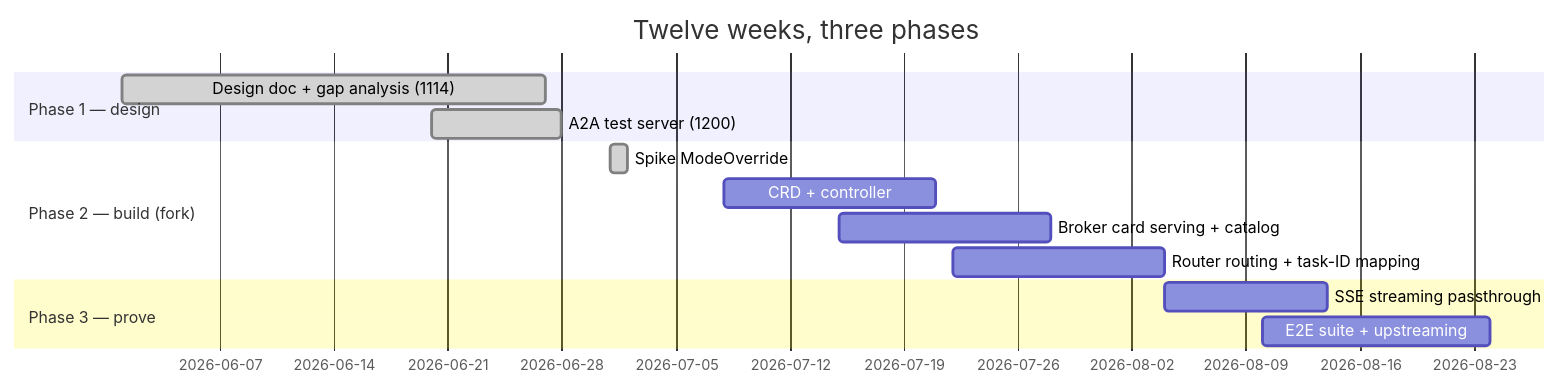
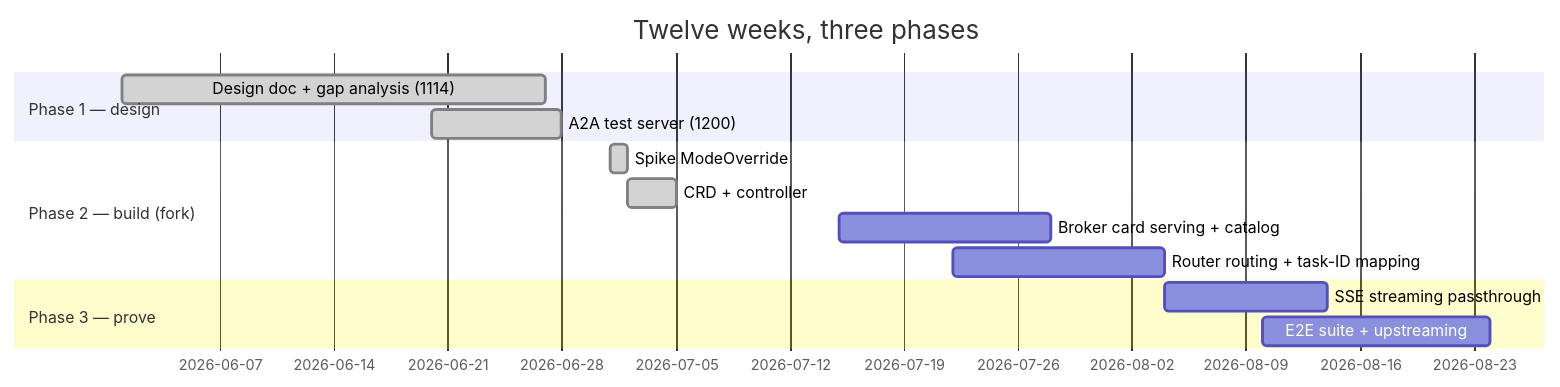
The fifth of 5 diagrams in README.md (Aman-Cool/mcp-gateway), drawn with Mermaid before and after one commit. The commit also changed other lines of this file, not shown here.

Commit message:
docs: update readme with merged crd controller milestone and backlog

````diff
--- a/README.md
+++ b/README.md
@@ -145,16 +148,16 @@
 ```mermaid
 gantt
     title Twelve weeks, three phases
     dateFormat YYYY-MM-DD
     section Phase 1 — design
     Design doc + gap analysis (1114)      :done,   p1a, 2026-06-01, 2026-06-27
     A2A test server (1200)                :done,   p1b, 2026-06-20, 2026-06-28
     section Phase 2 — build (fork)
     Spike ModeOverride                    :done,   p2a, 2026-07-01, 2026-07-02
-    CRD + controller                      :        p2b, 2026-07-08, 2026-07-21
+    CRD + controller                      :done,   p2b, 2026-07-02, 2026-07-05
     Broker card serving + catalog         :        p2c, 2026-07-15, 2026-07-28
     Router routing + task-ID mapping      :        p2d, 2026-07-22, 2026-08-04
     section Phase 3 — prove
     SSE streaming passthrough             :        p3a, 2026-08-04, 2026-08-14
     E2E suite + upstreaming               :        p3b, 2026-08-10, 2026-08-24
 ```
````
